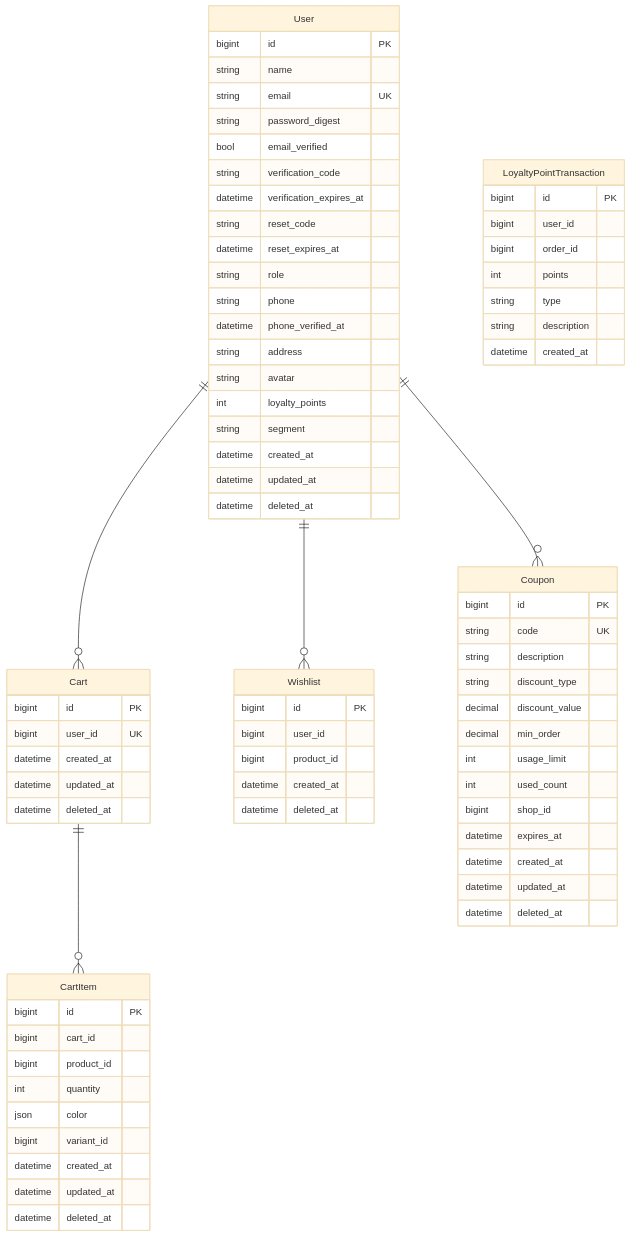
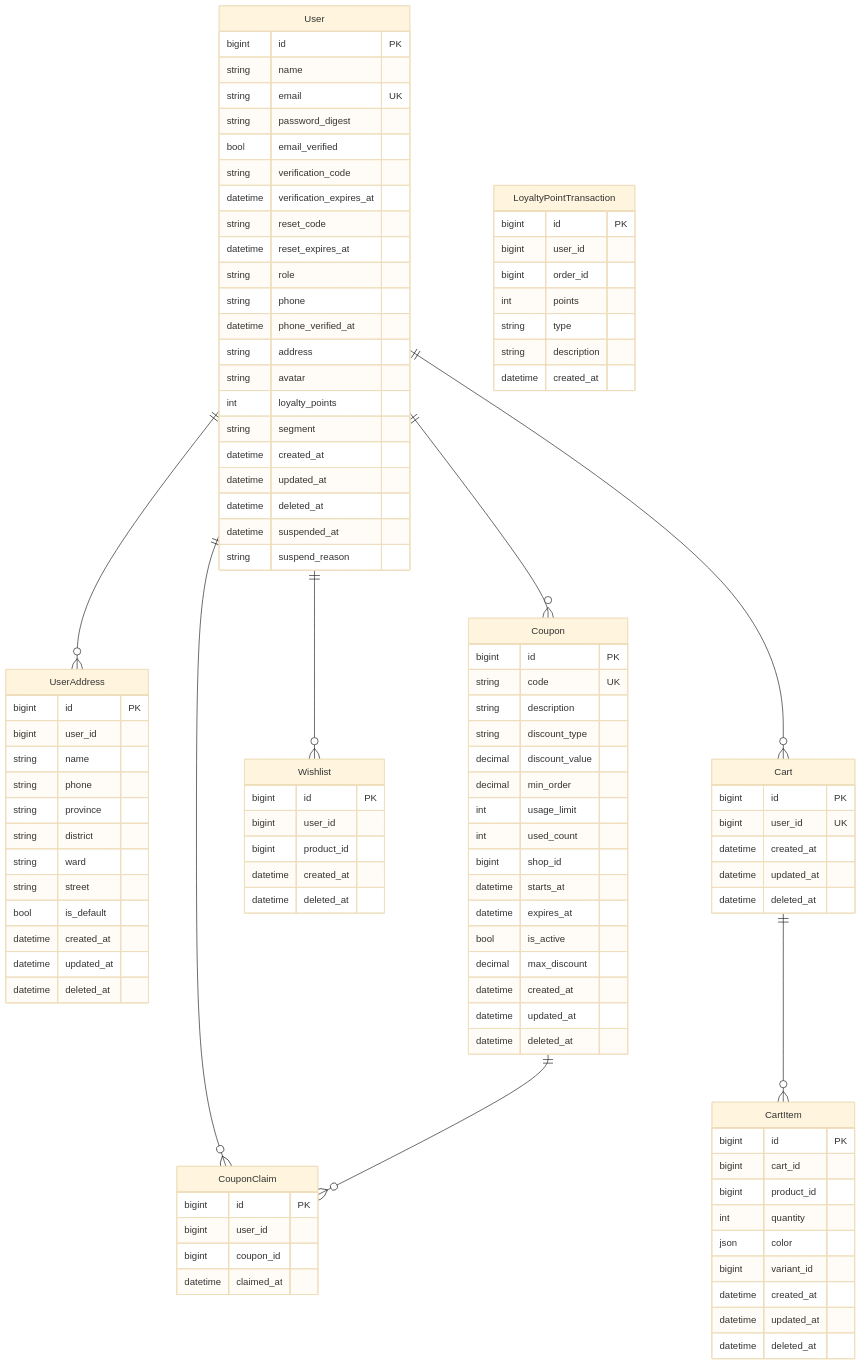
One commit to nguyenxduc/electric-ecommerce changed the second of 6 diagrams in backend/docs/erd.md. Above: the diagram before and after it, drawn with Mermaid (base theme). The commit also changed other lines of this file and 4 other files, not shown here.

First line of the commit message:
feat(db): schema for address book, voucher claims, moderation, suspension

````diff
--- a/backend/docs/erd.md
+++ b/backend/docs/erd.md
@@ -181,6 +183,22 @@
     string avatar
     int loyalty_points
     string segment
+    datetime created_at
+    datetime updated_at
+    datetime deleted_at
+    datetime suspended_at
+    string suspend_reason
+  }
+  UserAddress {
+    bigint id "PK"
+    bigint user_id
+    string name
+    string phone
+    string province
+    string district
+    string ward
+    string street
+    bool is_default
     datetime created_at
     datetime updated_at
     datetime deleted_at
@@ -220,10 +238,19 @@
     int usage_limit
     int used_count
     bigint shop_id
+    datetime starts_at
     datetime expires_at
+    bool is_active
+    decimal max_discount
     datetime created_at
     datetime updated_at
     datetime deleted_at
+  }
+  CouponClaim {
+    bigint id "PK"
+    bigint user_id
+    bigint coupon_id
+    datetime claimed_at
   }
   LoyaltyPointTransaction {
     bigint id "PK"
@@ -234,8 +261,11 @@
     string description
     datetime created_at
   }
+  User ||--o{ UserAddress : ""
+  User ||--o{ CouponClaim : ""
   User ||--o{ Cart : ""
   User ||--o{ Wishlist : ""
   User ||--o{ Coupon : ""
   Cart ||--o{ CartItem : ""
+  Coupon ||--o{ CouponClaim : ""
 ```
````
